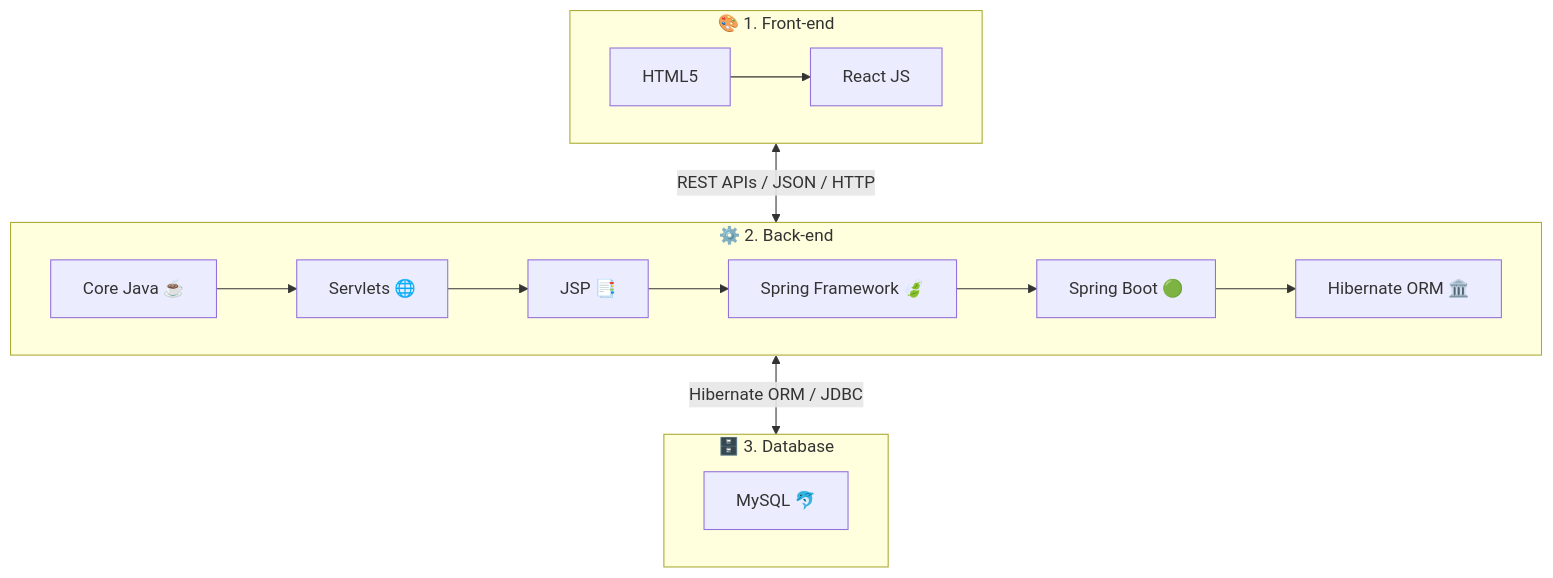
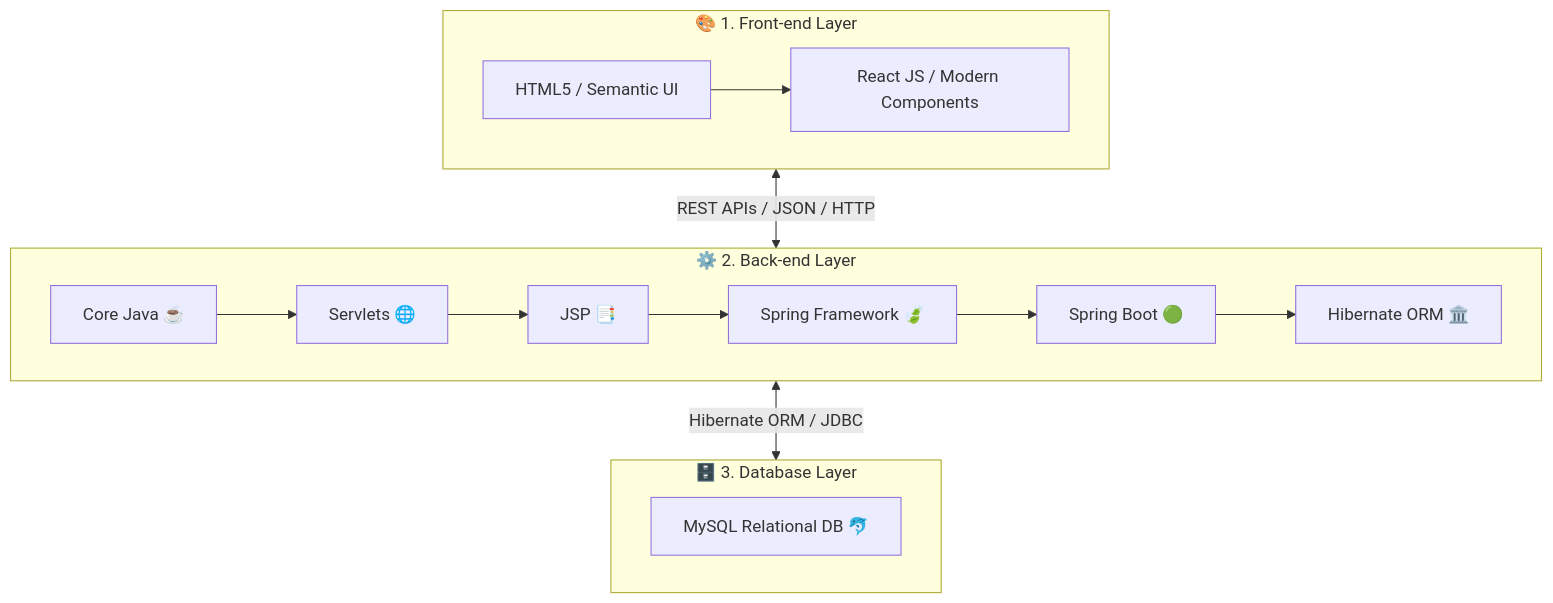
The diagram in README.md (m-sohel/java-internship-kiran-academy), drawn with Mermaid before and after one commit. The commit also changed other lines of this file, not shown here.

````diff
--- a/README.md
+++ b/README.md
@@ -37,25 +37,25 @@
 ```mermaid
 flowchart TD
-    subgraph Frontend["🎨 1. Front-end"]
-        FE1["HTML5"]
-        FE2["React JS"]
+    subgraph Frontend["🎨 1. Front-end Layer"]
+        FE1["HTML5 / Semantic UI"]
+        FE2["React JS / Modern Components"]
         FE1 --> FE2
     end
 
-    subgraph Backend["⚙️ 2. Back-end"]
+    subgraph Backend["⚙️ 2. Back-end Layer"]
         BE1["Core Java ☕"]
         BE2["Servlets 🌐"]
         BE3["JSP 📑"]
         BE4["Spring Framework 🍃"]
         BE5["Spring Boot 🟢"]
         BE6["Hibernate ORM 🏛️"]
         BE1 --> BE2 --> BE3 --> BE4 --> BE5 --> BE6
     end
 
-    subgraph Database["🗄️ 3. Database"]
-        DB1["MySQL 🐬"]
+    subgraph Database["🗄️ 3. Database Layer"]
+        DB1["MySQL Relational DB 🐬"]
     end
 
     Frontend <-->|"REST APIs / JSON / HTTP"| Backend
     Backend <-->|"Hibernate ORM / JDBC"| Database
 ```
````
